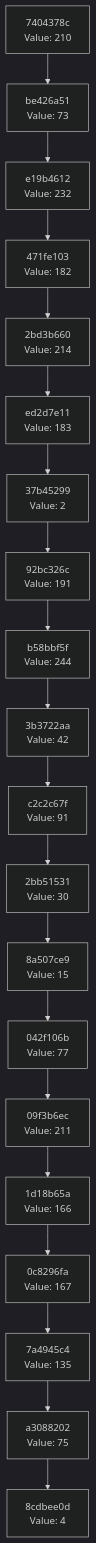
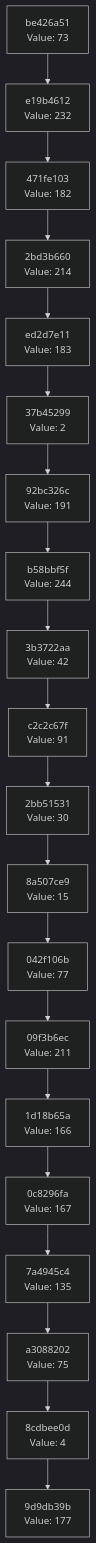
One commit to Abhisheksinha1506/hash-chain-evolver changed the diagram in docs/CHAIN_VISUALIZATION.md. Above: the diagram before and after it, drawn with Mermaid (dark theme). The commit also changed 2 other files, not shown here.

Commit message:
Evolution Step

````diff
--- a/docs/CHAIN_VISUALIZATION.md
+++ b/docs/CHAIN_VISUALIZATION.md
@@ -3,42 +3,42 @@
 ```mermaid
 graph TD
-    C0["8cdbee0d<br/>Value: 4"]
-    C1["a3088202<br/>Value: 75"]
+    C0["9d9db39b<br/>Value: 177"]
+    C1["8cdbee0d<br/>Value: 4"]
     C1 --> C0
-    C2["7a4945c4<br/>Value: 135"]
+    C2["a3088202<br/>Value: 75"]
     C2 --> C1
-    C3["0c8296fa<br/>Value: 167"]
+    C3["7a4945c4<br/>Value: 135"]
     C3 --> C2
-    C4["1d18b65a<br/>Value: 166"]
+    C4["0c8296fa<br/>Value: 167"]
     C4 --> C3
-    C5["09f3b6ec<br/>Value: 211"]
+    C5["1d18b65a<br/>Value: 166"]
     C5 --> C4
-    C6["042f106b<br/>Value: 77"]
+    C6["09f3b6ec<br/>Value: 211"]
     C6 --> C5
-    C7["8a507ce9<br/>Value: 15"]
+    C7["042f106b<br/>Value: 77"]
     C7 --> C6
-    C8["2bb51531<br/>Value: 30"]
+    C8["8a507ce9<br/>Value: 15"]
     C8 --> C7
-    C9["c2c2c67f<br/>Value: 91"]
+    C9["2bb51531<br/>Value: 30"]
     C9 --> C8
-    C10["3b3722aa<br/>Value: 42"]
+    C10["c2c2c67f<br/>Value: 91"]
     C10 --> C9
-    C11["b58bbf5f<br/>Value: 244"]
+    C11["3b3722aa<br/>Value: 42"]
     C11 --> C10
-    C12["92bc326c<br/>Value: 191"]
+    C12["b58bbf5f<br/>Value: 244"]
     C12 --> C11
-    C13["37b45299<br/>Value: 2"]
+    C13["92bc326c<br/>Value: 191"]
     C13 --> C12
-    C14["ed2d7e11<br/>Value: 183"]
+    C14["37b45299<br/>Value: 2"]
     C14 --> C13
-    C15["2bd3b660<br/>Value: 214"]
+    C15["ed2d7e11<br/>Value: 183"]
     C15 --> C14
-    C16["471fe103<br/>Value: 182"]
+    C16["2bd3b660<br/>Value: 214"]
     C16 --> C15
-    C17["e19b4612<br/>Value: 232"]
+    C17["471fe103<br/>Value: 182"]
     C17 --> C16
-    C18["be426a51<br/>Value: 73"]
+    C18["e19b4612<br/>Value: 232"]
     C18 --> C17
-    C19["7404378c<br/>Value: 210"]
+    C19["be426a51<br/>Value: 73"]
     C19 --> C18
 ```
````
